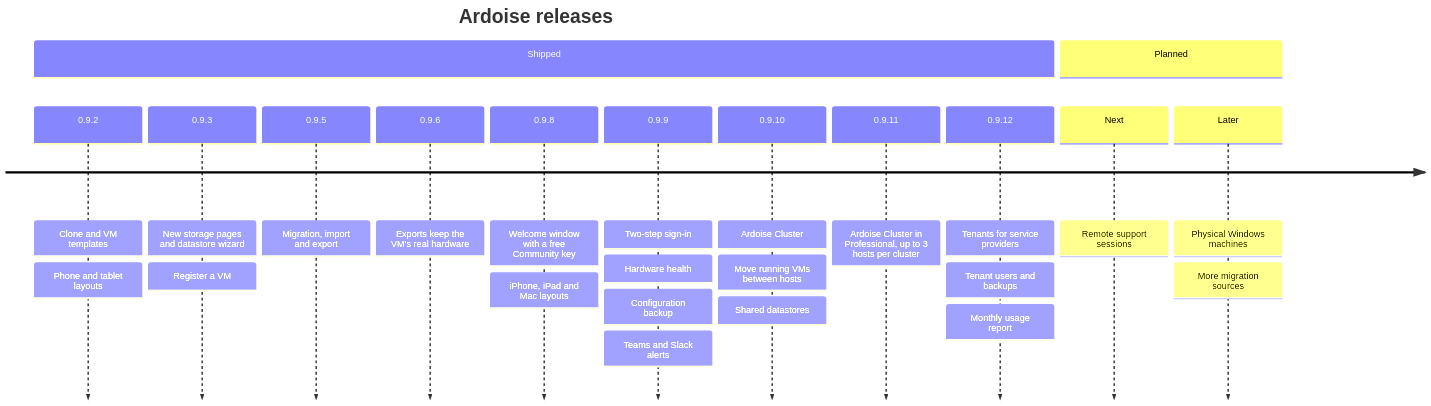
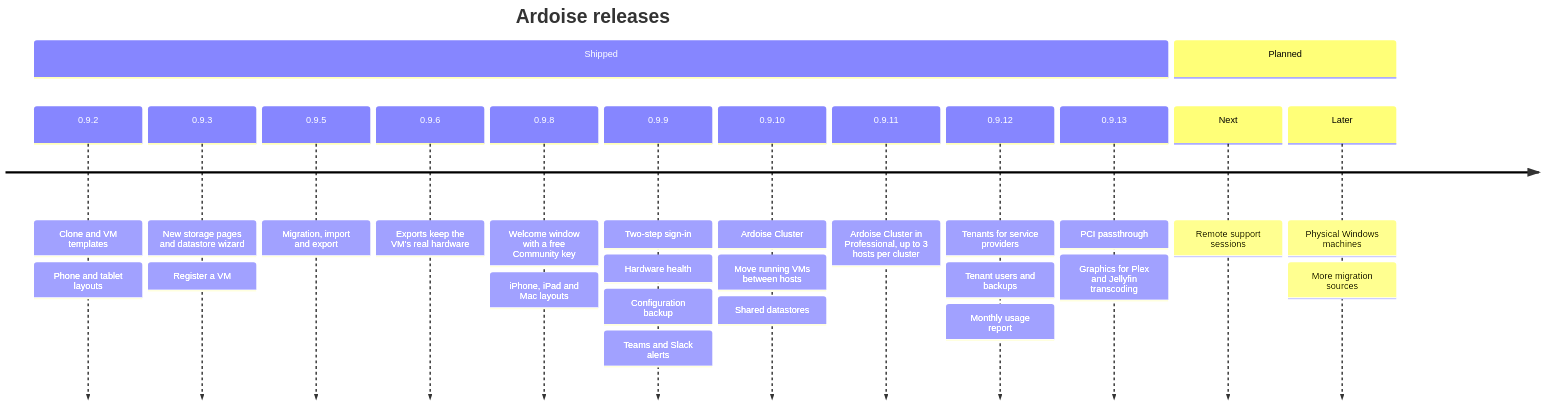
Before and after one commit to neolabs-cloud/ardoise-releases: the diagram in README.md, drawn with Mermaid. The commit also changed other lines of this file and 1 other file, not shown here.

````diff
--- a/README.md
+++ b/README.md
@@ -254,17 +254,18 @@
 ```mermaid
 timeline
     title Ardoise releases
     section Shipped
         0.9.2 : Clone and VM templates : Phone and tablet layouts
         0.9.3 : New storage pages and datastore wizard : Register a VM
         0.9.5 : Migration, import and export
         0.9.6 : Exports keep the VM's real hardware
         0.9.8 : Welcome window with a free Community key : iPhone, iPad and Mac layouts
         0.9.9 : Two-step sign-in : Hardware health : Configuration backup : Teams and Slack alerts
         0.9.10 : Ardoise Cluster : Move running VMs between hosts : Shared datastores
         0.9.11 : Ardoise Cluster in Professional, up to 3 hosts per cluster
         0.9.12 : Tenants for service providers : Tenant users and backups : Monthly usage report
+        0.9.13 : PCI passthrough : Graphics for Plex and Jellyfin transcoding
     section Planned
         Next : Remote support sessions
         Later : Physical Windows machines : More migration sources
 ```
````
